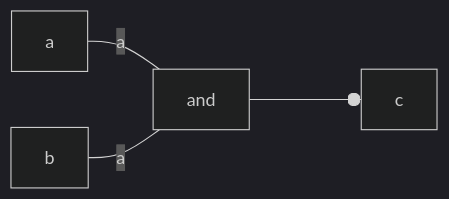
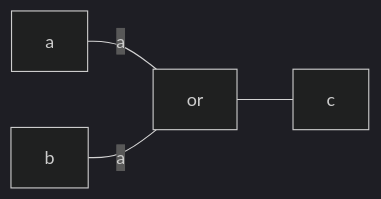
One commit to tnichols217/notes changed the diagram in CSDS 281 - Logic Design/HW/3/Tables.md. Above: the diagram before and after it, drawn with Mermaid (dark theme). The commit also changed 2 other files, not shown here.

Commit message:
vault backup: 2024-02-14 15:53:20

````diff
--- a/CSDS 281 - Logic Design/HW/3/Tables.md
+++ b/CSDS 281 - Logic Design/HW/3/Tables.md
@@ -14,7 +14,7 @@
 ```mermaid
 flowchart LR
 
-a ---|a| and
-b ---|a| and
-and ---o c
+a ---|a| or
+b ---|a| or
+or --- c
 ```
````
